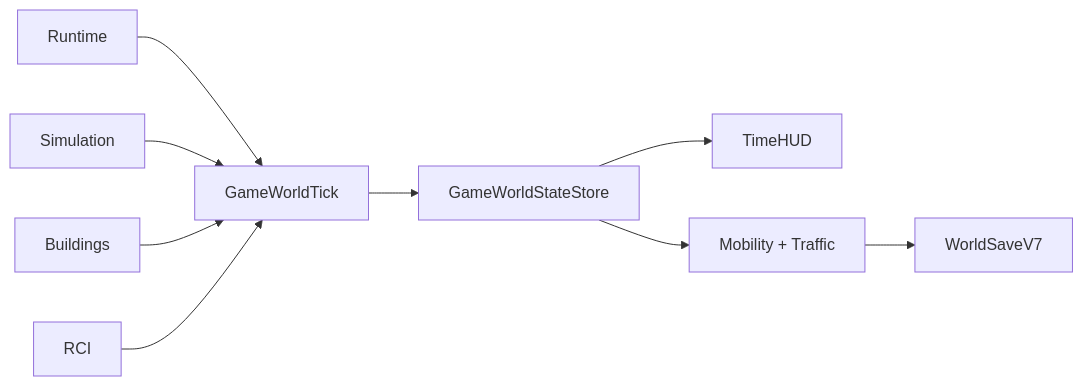
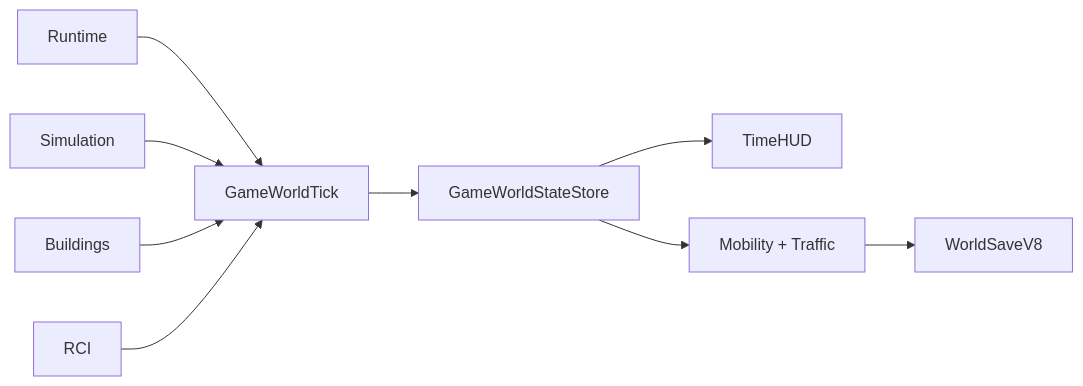
One commit to petechatchawan/web-three-city changed the diagram in docs/systems/simulation-time/README.md. Above: the diagram before and after it, drawn with Mermaid. The commit also changed other lines of this file and 26 other files, not shown here.

````diff
--- a/docs/systems/simulation-time/README.md
+++ b/docs/systems/simulation-time/README.md
@@ -47,11 +47,11 @@
 ```mermaid
 flowchart LR
   Runtime --> GameWorldTick
   Simulation --> GameWorldTick
   Buildings --> GameWorldTick
   RCI --> GameWorldTick
   GameWorldTick --> StateStore[GameWorldStateStore]
   StateStore --> TimeHUD
   StateStore --> MobilityTraffic[Mobility + Traffic]
-  MobilityTraffic --> WorldSaveV7
+  MobilityTraffic --> WorldSaveV8
 ```
````
